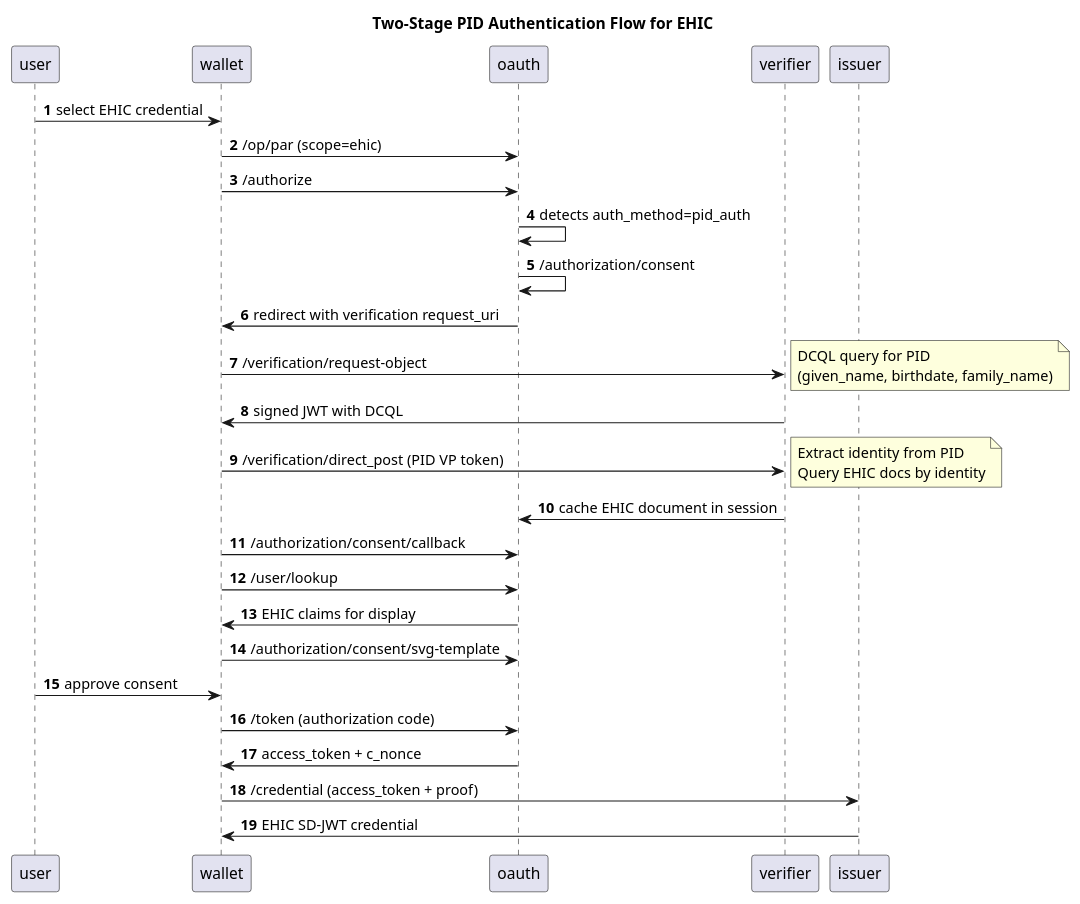
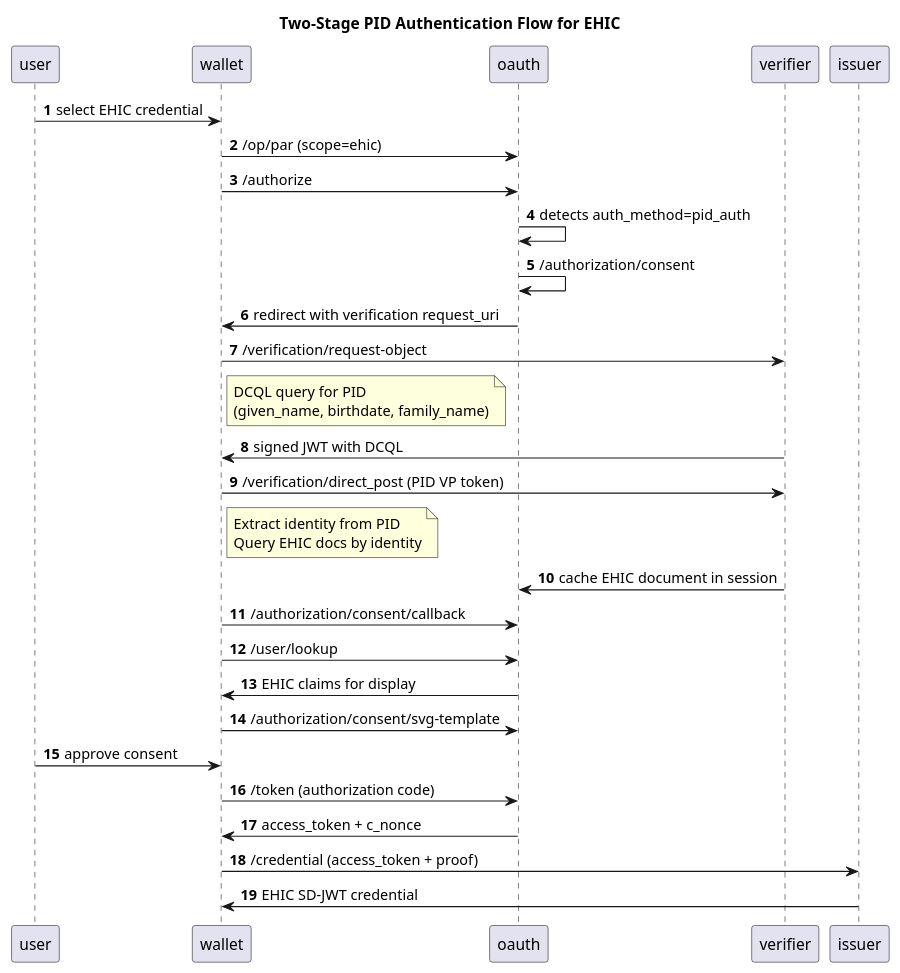
The diagram in docs/diagrams/ehic-pid-auth-flow.puml (SUNET/vc), drawn with PlantUML before and after one commit. The commit also changed 3 other files, not shown here.

Commit message:
Make notes better in diagrams.

```diff
--- a/docs/diagrams/ehic-pid-auth-flow.puml
+++ b/docs/diagrams/ehic-pid-auth-flow.puml
@@ -1,28 +1,28 @@
 @startuml
 
 autonumber
 title Two-Stage PID Authentication Flow for EHIC
 
 user -> wallet: select EHIC credential
 wallet -> oauth: /op/par (scope=ehic)
 wallet -> oauth: /authorize
 oauth -> oauth: detects auth_method=pid_auth
 oauth -> oauth: /authorization/consent
 oauth -> wallet: redirect with verification request_uri
 wallet -> verifier: /verification/request-object
-note right: DCQL query for PID\n(given_name, birthdate, family_name)
+note right of wallet: DCQL query for PID\n(given_name, birthdate, family_name)
 verifier -> wallet: signed JWT with DCQL
 wallet -> verifier: /verification/direct_post (PID VP token)
-note right: Extract identity from PID\nQuery EHIC docs by identity
+note right of wallet: Extract identity from PID\nQuery EHIC docs by identity
 verifier -> oauth: cache EHIC document in session
 wallet -> oauth: /authorization/consent/callback
 wallet -> oauth: /user/lookup
 oauth -> wallet: EHIC claims for display
 wallet -> oauth: /authorization/consent/svg-template
 user -> wallet: approve consent
 wallet -> oauth: /token (authorization code)
 oauth -> wallet: access_token + c_nonce
 wallet -> issuer: /credential (access_token + proof)
 issuer -> wallet: EHIC SD-JWT credential
 
 @enduml
```
